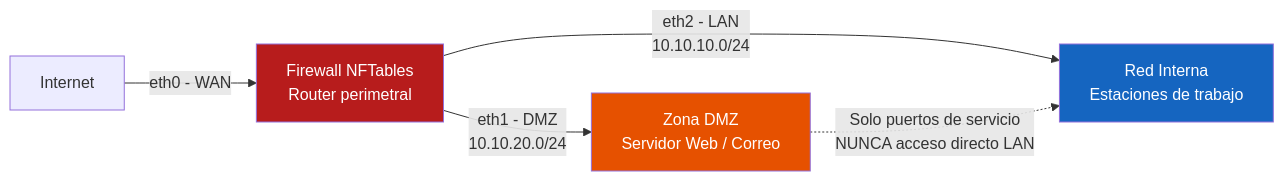
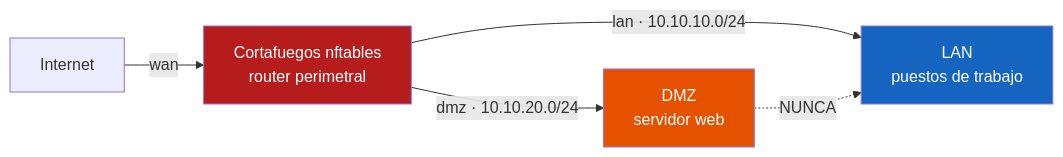
The fifth of 6 diagrams in docs/unidades/ud03.md (jmfiorisies/sad), drawn with Mermaid before and after one commit. The commit also changed other lines of this file, not shown here.

````diff
--- a/docs/unidades/ud03.md
+++ b/docs/unidades/ud03.md
@@ -229,12 +604,10 @@
 ```mermaid
 graph LR
-    INT[Internet] -->|eth0 - WAN| FW[Firewall NFTables<br/>Router perimetral]
-    FW -->|eth1 - DMZ<br/>10.10.20.0/24| DMZ[Zona DMZ<br/>Servidor Web / Correo]
-    FW -->|eth2 - LAN<br/>10.10.10.0/24| LAN[Red Interna<br/>Estaciones de trabajo]
-
-    DMZ -.->|Solo puertos de servicio<br/>NUNCA acceso directo LAN| LAN
-
+    INT[Internet] -->|wan| FW[Cortafuegos nftables<br/>router perimetral]
+    FW -->|dmz · 10.10.20.0/24| DMZ[DMZ<br/>servidor web]
+    FW -->|lan · 10.10.10.0/24| LAN[LAN<br/>puestos de trabajo]
+    DMZ -.->|NUNCA| LAN
     style FW fill:#b71c1c,color:#fff
     style DMZ fill:#e65100,color:#fff
     style LAN fill:#1565c0,color:#fff
 ```
````
